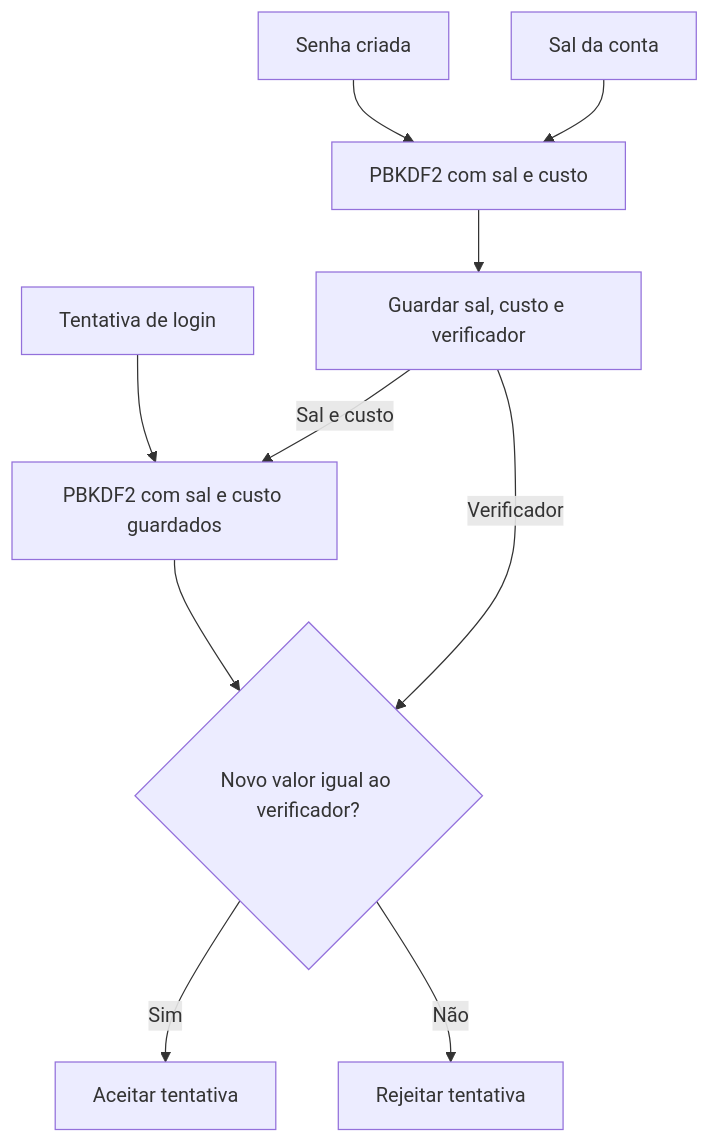
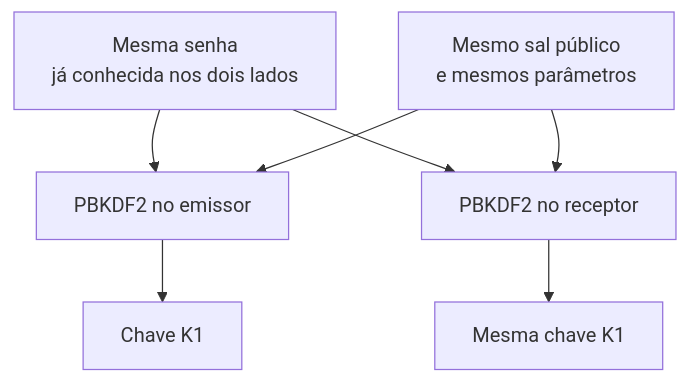
The sixth of 7 diagrams in docs/aulas/A14-cifra-simetrica-autenticada.md (rafaelrezo/seguranca-digital), drawn with Mermaid before and after one commit. The commit also changed other lines of this file and 15 other files, not shown here.

````diff
--- a/docs/aulas/A14-cifra-simetrica-autenticada.md
+++ b/docs/aulas/A14-cifra-simetrica-autenticada.md
@@ -403,12 +254,9 @@
 ```mermaid
 flowchart TB
-    S[Senha criada] --> C[PBKDF2 com sal e custo]
-    L[Sal da conta] --> C
-    C --> V[Guardar sal, custo e verificador]
-    T[Tentativa de login] --> R[PBKDF2 com sal e custo guardados]
-    V -->|Sal e custo| R
-    R --> Q{Novo valor igual ao verificador?}
-    V -->|Verificador| Q
-    Q -->|Sim| A[Aceitar tentativa]
-    Q -->|Não| N[Rejeitar tentativa]
+    S[Mesma senha<br/>já conhecida nos dois lados] --> E[PBKDF2 no emissor]
+    S --> R[PBKDF2 no receptor]
+    L[Mesmo sal público<br/>e mesmos parâmetros] --> E
+    L --> R
+    E --> K1[Chave K1]
+    R --> K2[Mesma chave K1]
 ```
````
